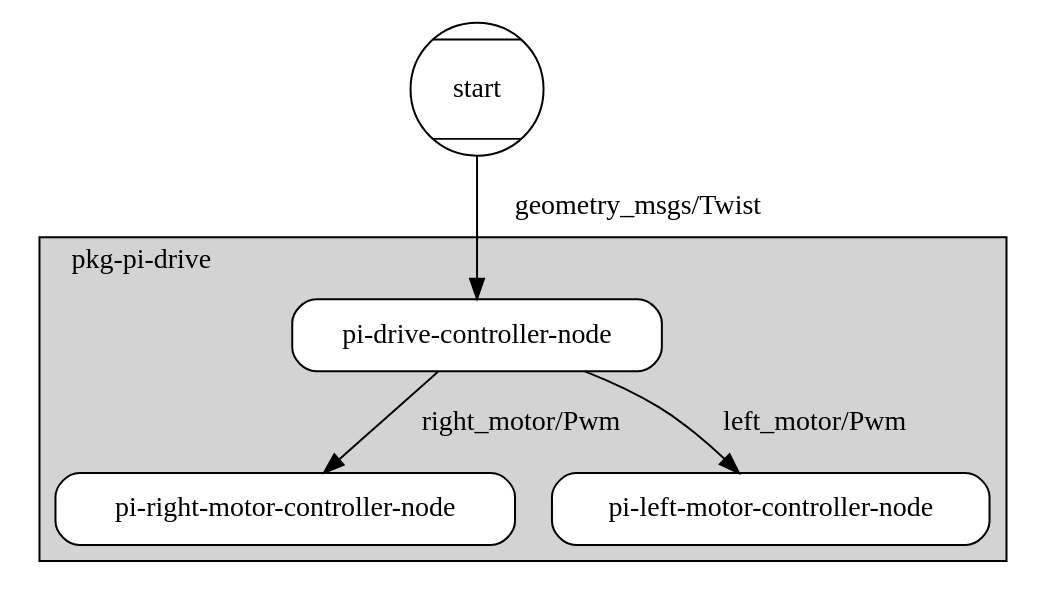
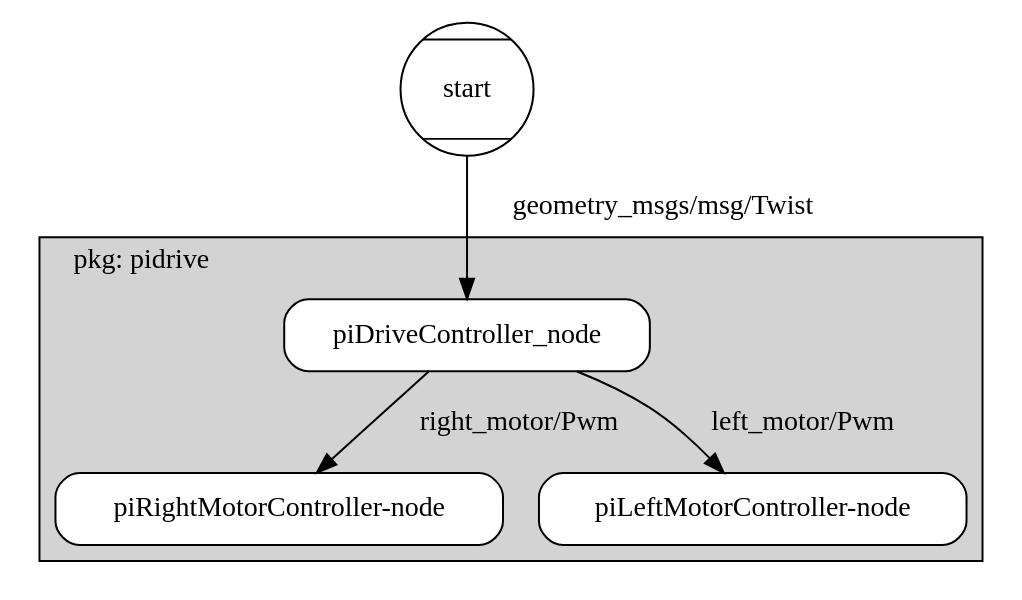
Before and after one commit to shun/pi-rosbot: the first of 2 diagrams in ros/ros_ws/doc/pi-rosbot.md, drawn with Graphviz. The commit also changed other lines of this file and 9 other files, not shown here.

Commit message:
build piDriveController lib

````diff
--- a/ros/ros_ws/doc/pi-rosbot.md
+++ b/ros/ros_ws/doc/pi-rosbot.md
@@ -3,20 +3,20 @@
 ```dot
 digraph G {
   start [shape = Mcircle];
 
-  start -> drive_ctrl [label = " geometry_msgs/Twist"];
+  start -> drive_ctrl [label = " geometry_msgs/msg/Twist"];
 
   subgraph "cluster_pkg_pi_drive" {
-    label = "pkg-pi-drive";
+    label = "pkg: pidrive";
     bgcolor = "lightgrey";
     labelloc = "t";
     labeljust = "l";
-    drive_ctrl   [shape = box, fillcolor = "white", style = "rounded, filled", label = "pi-drive-controller-node"];
-    motor_r_ctrl [shape = box, fillcolor = "white", style = "rounded, filled", label = "pi-right-motor-controller-node"];
-    motor_l_ctrl [shape = box, fillcolor = "white", style = "rounded, filled", label = "pi-left-motor-controller-node"];
+    drive_ctrl   [shape = box, fillcolor = "white", style = "rounded, filled", label = "piDriveController_node"];
+    motor_r_ctrl [shape = box, fillcolor = "white", style = "rounded, filled", label = "piRightMotorController-node"];
+    motor_l_ctrl [shape = box, fillcolor = "white", style = "rounded, filled", label = "piLeftMotorController-node"];
 
     drive_ctrl -> motor_r_ctrl [label = " right_motor/Pwm"];
     drive_ctrl -> motor_l_ctrl [label = " left_motor/Pwm"];
   };
 }
 ```
````
